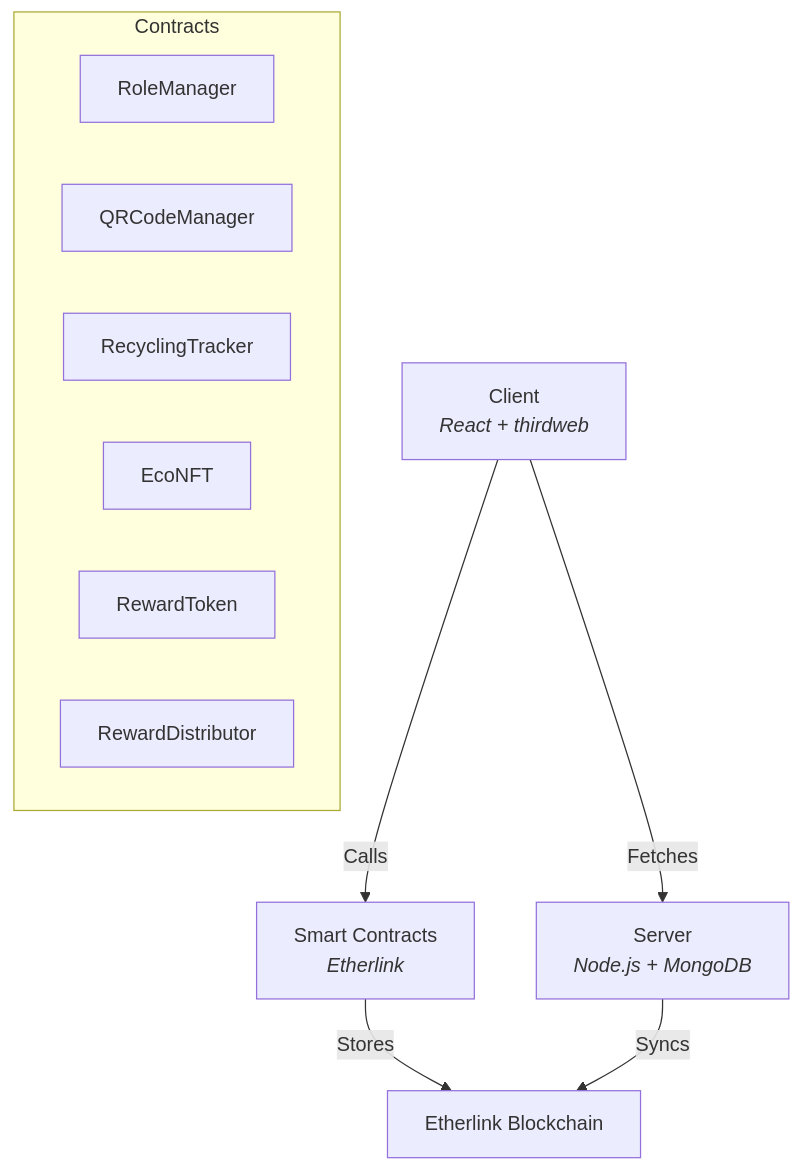
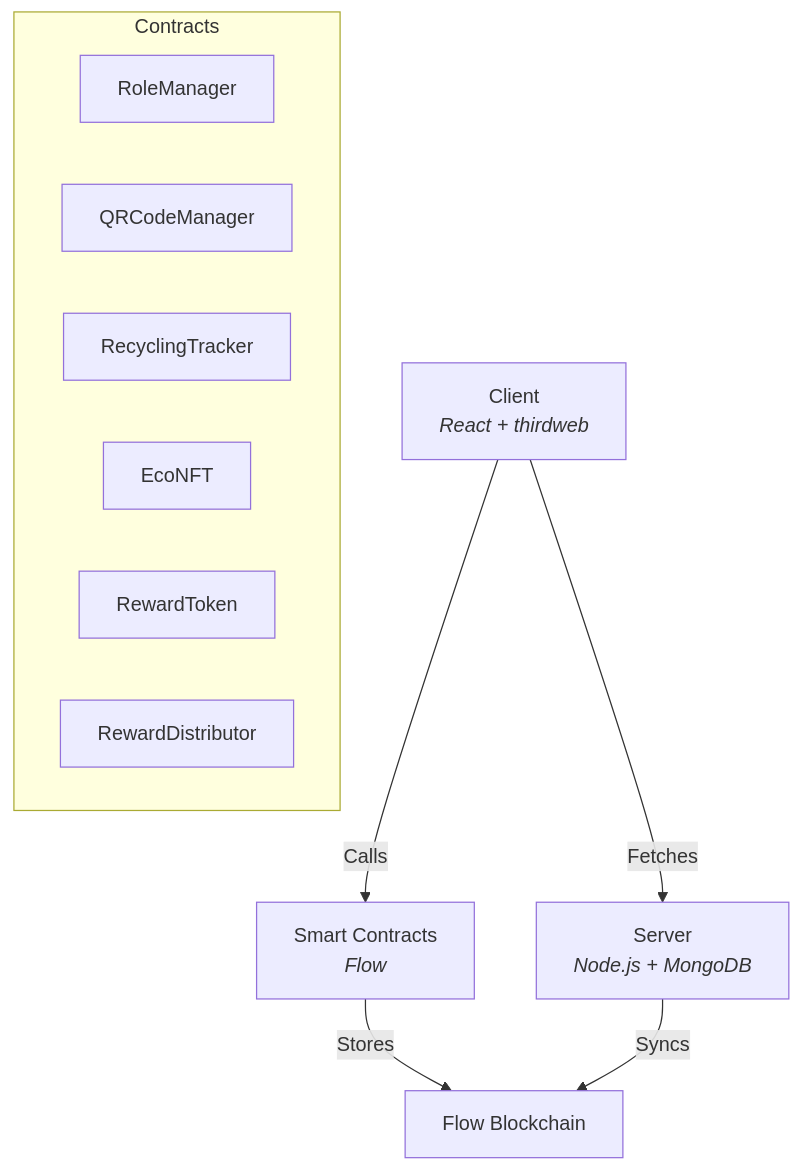
Before and after one commit to Abbas-Dev-786/plastic-trace: the second of 2 diagrams in README.md, drawn with Mermaid. The commit also changed other lines of this file and 8 other files, not shown here.

Commit message:
mod: updated flow chain

````diff
--- a/README.md
+++ b/README.md
@@ -134,15 +138,15 @@
 ```mermaid
 graph TD
-    A[Client<br><i>React + thirdweb</i>] -->|Calls| B[Smart Contracts<br><i>Etherlink</i>]
+    A[Client<br><i>React + thirdweb</i>] -->|Calls| B[Smart Contracts<br><i>Flow</i>]
     A -->|Fetches| C[Server<br><i>Node.js + MongoDB</i>]
-    B -->|Stores| D[Etherlink Blockchain]
+    B -->|Stores| D[Flow Blockchain]
     C -->|Syncs| D
     subgraph Contracts
         B1[RoleManager]
         B2[QRCodeManager]
         B3[RecyclingTracker]
         B4[EcoNFT]
         B5[RewardToken]
         B6[RewardDistributor]
     end
 ```
````
